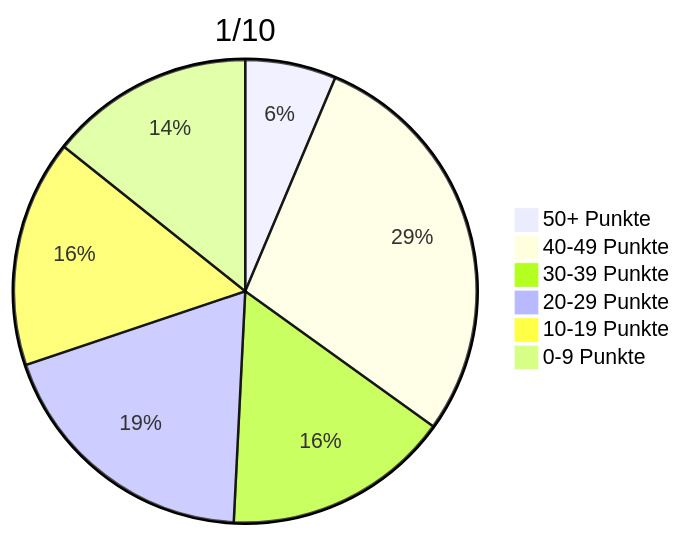
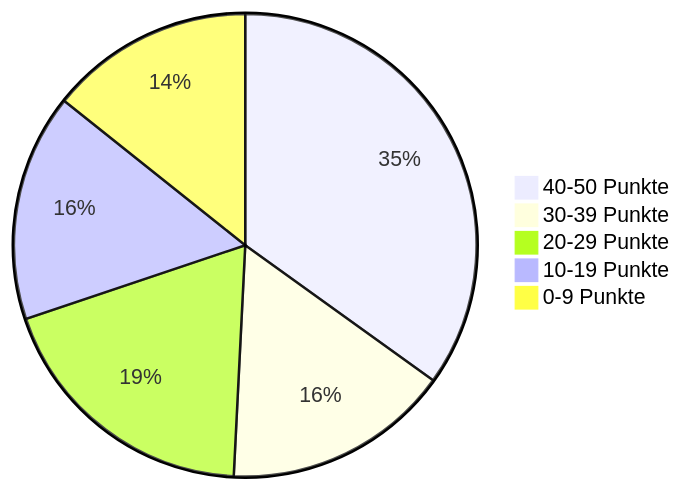
Before and after one commit to jappuccini/java-docs: the fifth of 16 diagrams in docs/additional-material/daniel-java2/exam-results.md, drawn with Mermaid. The commit also changed other lines of this file and 76 other files, not shown here.

Commit message:
uml fixes (colons, properties), headline fixes (italic) and exam result updates

````diff
--- a/docs/additional-material/daniel-java2/exam-results.md
+++ b/docs/additional-material/daniel-java2/exam-results.md
@@ -10,9 +71,8 @@
 ```mermaid
-pie title 1/10
-    "50+ Punkte" : 4
-    "40-49 Punkte" : 18
+pie
+    "40-50 Punkte" : 22
     "30-39 Punkte" : 10
     "20-29 Punkte" : 12
     "10-19 Punkte" : 10
     "0-9 Punkte" : 9
 ```
````
